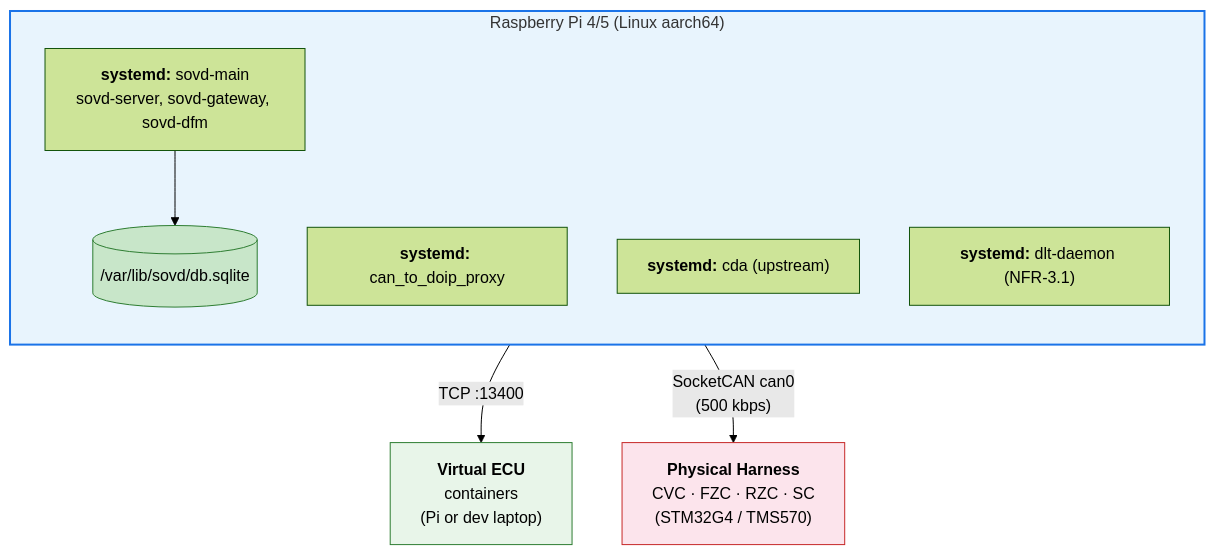
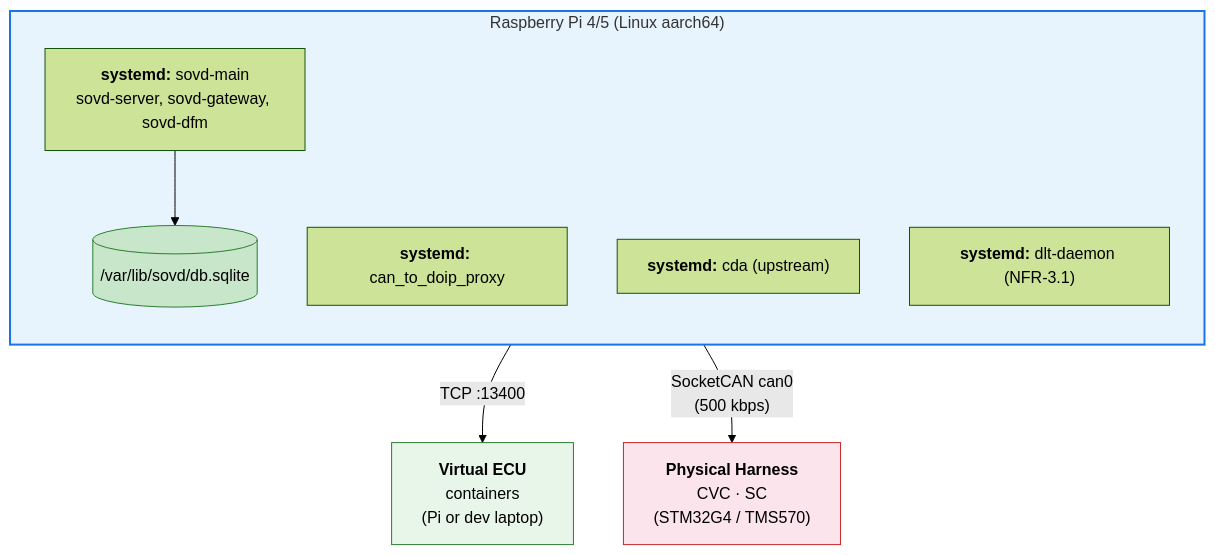
One commit to nhuvaoanh123/taktflow-opensovd changed diagram 16 of 16 in docs/ARCHITECTURE.md. Above: the diagram before and after it, drawn with Mermaid (forest theme). The commit also changed other lines of this file and 7 other files, not shown here.

````diff
--- a/docs/ARCHITECTURE.md
+++ b/docs/ARCHITECTURE.md
@@ -752,24 +771,24 @@
 ```mermaid
 graph TB
     subgraph PI ["Raspberry Pi 4/5 (Linux aarch64)"]
         direction TB
         SM["<b>systemd:</b> sovd-main<br/>sovd-server, sovd-gateway, sovd-dfm"]
         PROXY["<b>systemd:</b> can_to_doip_proxy"]
         CDA["<b>systemd:</b> cda (upstream)"]
         DLT["<b>systemd:</b> dlt-daemon (NFR-3.1)"]
         DB[("/var/lib/sovd/db.sqlite")]
 
         SM --> DB
     end
 
     PI -->|"TCP :13400"| VE
     PI -->|"SocketCAN can0<br/>(500 kbps)"| PE
 
     VE["<b>Virtual ECU</b><br/>containers<br/>(Pi or dev laptop)"]
-    PE["<b>Physical Harness</b><br/>CVC &middot; FZC &middot; RZC &middot; SC<br/>(STM32G4 / TMS570)"]
+    PE["<b>Physical Harness</b><br/>CVC &middot; SC<br/>(STM32G4 / TMS570)"]
 
     style PI fill:#e8f4fd,stroke:#1a73e8,stroke-width:2px
     style VE fill:#e8f5e9,stroke:#2e7d32
     style PE fill:#fce4ec,stroke:#c62828
     style DB fill:#c8e6c9,stroke:#2e7d32
 ```
````
